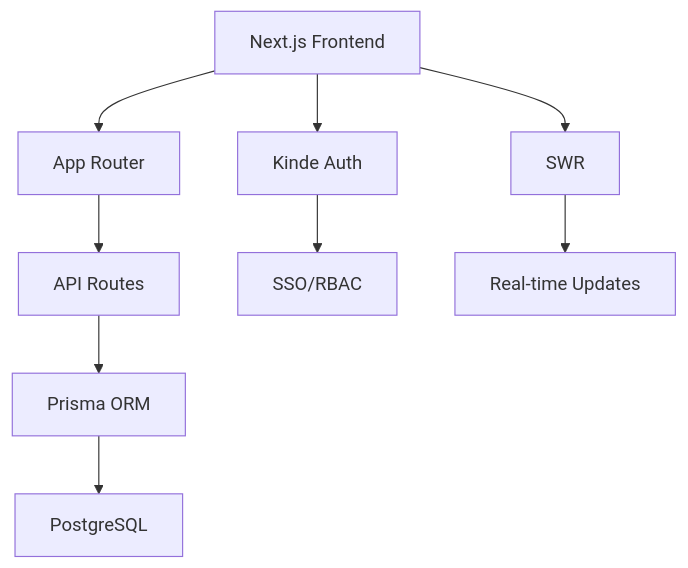
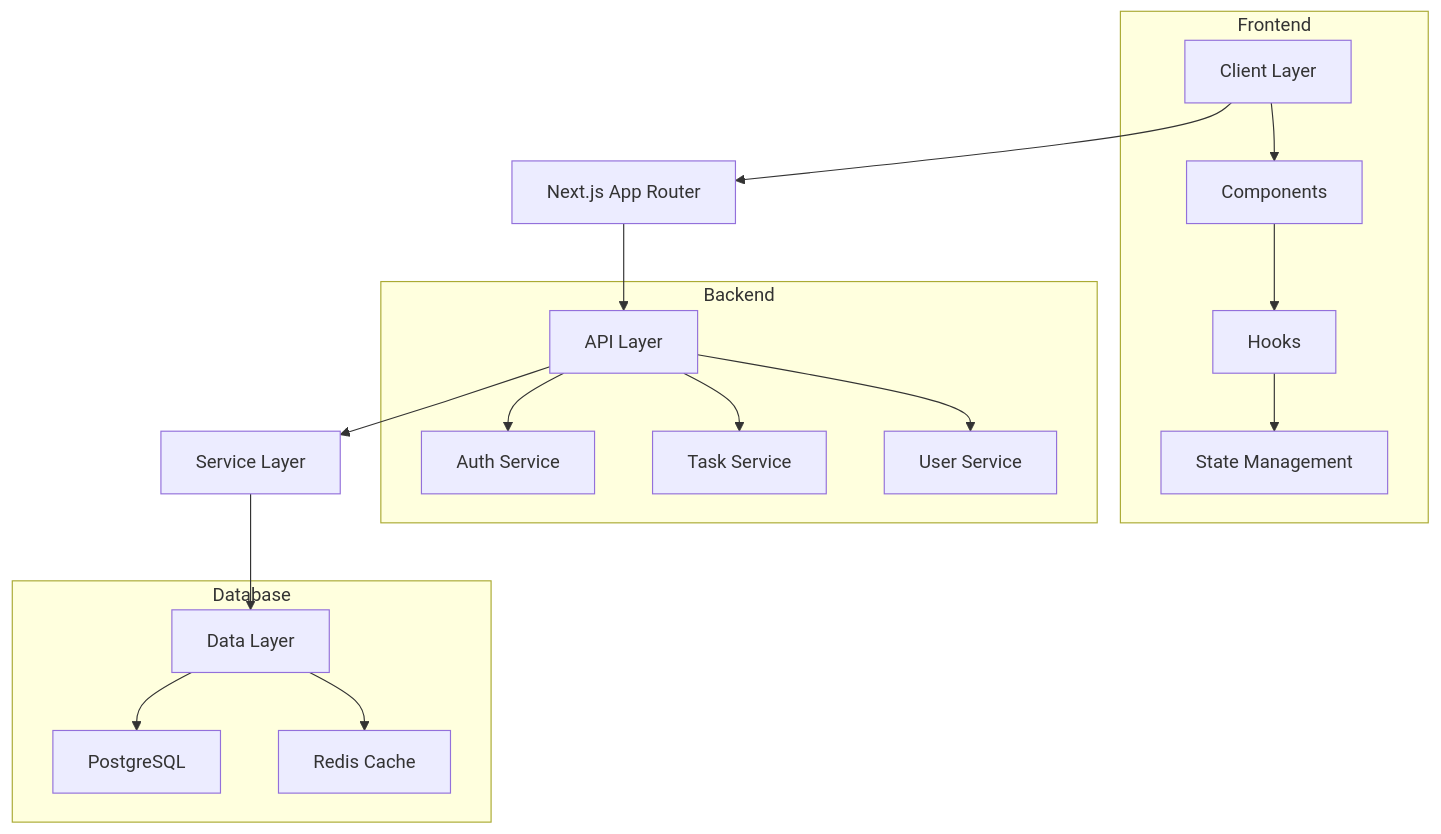
One commit to Nuu-maan/todo-webapp changed the diagram in README.md. Above: the diagram before and after it, drawn with Mermaid. The commit also changed other lines of this file, not shown here.

````diff
--- a/README.md
+++ b/README.md
@@ -75,11 +67,24 @@
 ```mermaid
 graph TD
-  A[Next.js Frontend] --> B[App Router]
-  B --> C[API Routes]
-  C --> D[Prisma ORM]
-  D --> E[PostgreSQL]
-  A --> F[Kinde Auth]
-  F --> G[SSO/RBAC]
-  A --> H[SWR]
-  H --> I[Real-time Updates]
+    A[Client Layer] --> B[Next.js App Router]
+    B --> C[API Layer]
+    C --> D[Service Layer]
+    D --> E[Data Layer]
+    
+    subgraph "Frontend"
+    A --> F[Components]
+    F --> G[Hooks]
+    G --> H[State Management]
+    end
+    
+    subgraph "Backend"
+    C --> I[Auth Service]
+    C --> J[Task Service]
+    C --> K[User Service]
+    end
+    
+    subgraph "Database"
+    E --> L[PostgreSQL]
+    E --> M[Redis Cache]
+    end
 ```
````
